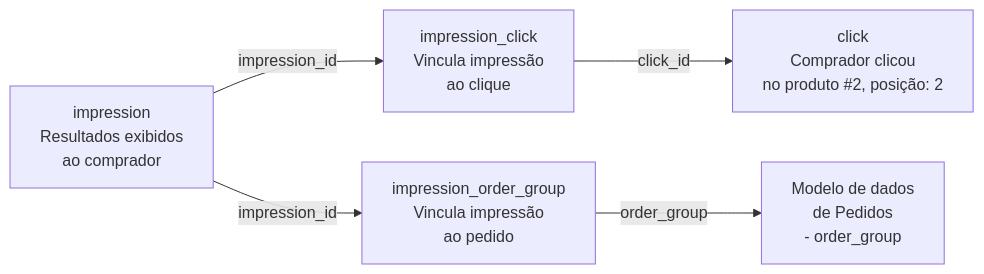
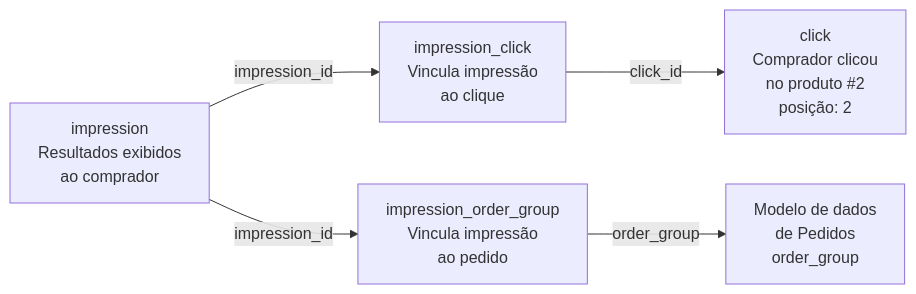
One commit to vtexdocs/help-center-content changed the third of 4 diagrams in docs/pt/tutorials/beta/vtex-data-pipeline-beta/busca-e-recomendacoes-data-pipeline.md. Above: the diagram before and after it, drawn with Mermaid. The commit also changed other lines of this file and 5 other files, not shown here.

````diff
--- a/docs/pt/tutorials/beta/vtex-data-pipeline-beta/busca-e-recomendacoes-data-pipeline.md
+++ b/docs/pt/tutorials/beta/vtex-data-pipeline-beta/busca-e-recomendacoes-data-pipeline.md
@@ -122,13 +124,14 @@
 ```mermaid
+%%{init: {'flowchart': {'htmlLabels': true, 'useMaxWidth': false, 'wrappingWidth': 220, 'padding': 14}}}%%
 flowchart LR
-    IMP["impression\nResultados exibidos\nao comprador"]
-    IC["impression_click\nVincula impressão\nao clique"]
-    CLK["click\nComprador clicou\nno produto #2, posição: 2"]
-    IOG["impression_order_group\nVincula impressão\nao pedido"]
-    ORD["Modelo de dados\nde Pedidos\n- order_group"]
+    IMP["impression<br/>Resultados exibidos<br/>ao comprador"]
+    IC["impression_click<br/>Vincula impressão<br/>ao clique"]
+    CLK["click<br/>Comprador clicou<br/>no produto #2<br/>posição: 2"]
+    IOG["impression_order_group<br/>Vincula impressão<br/>ao pedido"]
+    ORD["Modelo de dados<br/>de Pedidos<br/>order_group"]
 
     IMP -->|"impression_id"| IC
     IC -->|"click_id"| CLK
     IMP -->|"impression_id"| IOG
     IOG -->|"order_group"| ORD
 ```
````
